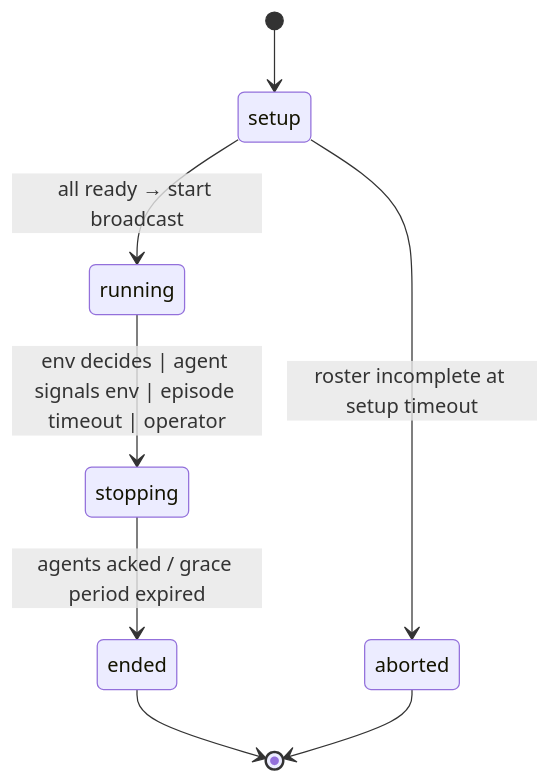
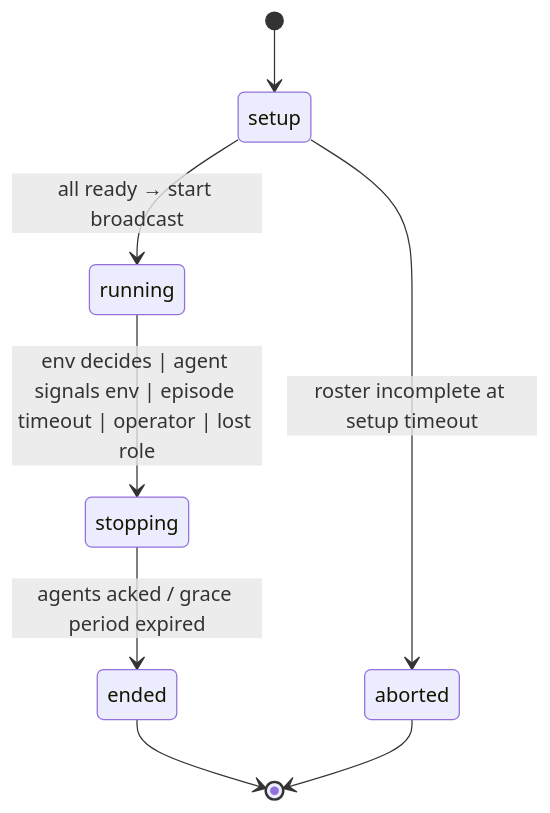
Before and after one commit to wpm/FreeAgent: the second of 3 diagrams in docs/DESIGN.md, drawn with Mermaid. The commit also changed other lines of this file and 48 other files, not shown here.

````diff
--- a/docs/DESIGN.md
+++ b/docs/DESIGN.md
@@ -84,10 +100,10 @@
 ```mermaid
 stateDiagram-v2
     [*] --> setup
     setup --> running : all ready → start broadcast
     setup --> aborted : roster incomplete at setup timeout
-    running --> stopping : env decides | agent signals env | episode timeout | operator
+    running --> stopping : env decides | agent signals env | episode timeout | operator | lost role
     stopping --> ended : agents acked / grace period expired
     ended --> [*]
     aborted --> [*]
 ```
````
